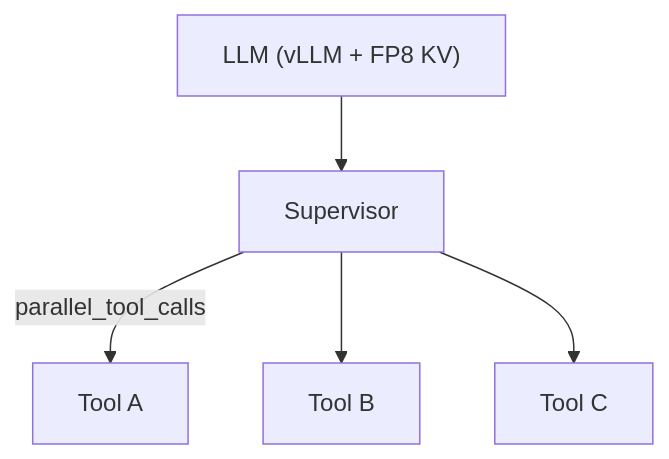
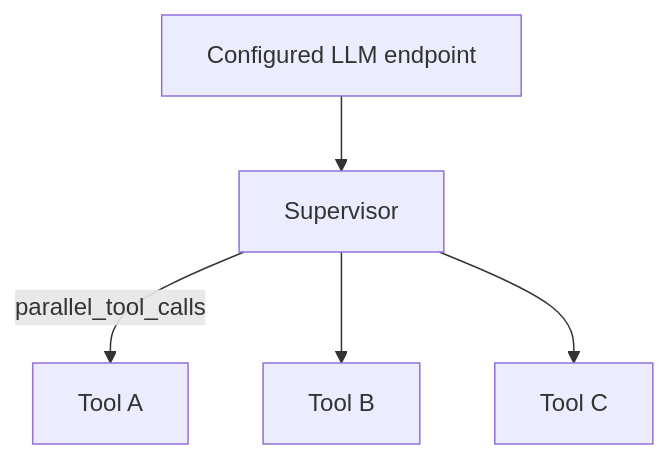
One commit to BjornMelin/docmind-ai-llm changed the diagram in docs/developers/adrs/ADR-010-performance-optimization-strategy.md. Above: the diagram before and after it, drawn with Mermaid. The commit also changed other lines of this file and 284 other files, not shown here.

````diff
--- a/docs/developers/adrs/ADR-010-performance-optimization-strategy.md
+++ b/docs/developers/adrs/ADR-010-performance-optimization-strategy.md
@@ -51,7 +56,7 @@
 ```mermaid
 graph TD
-  M["LLM (vLLM + FP8 KV)"] --> S["Supervisor"]
+  M["Configured LLM endpoint"] --> S["Supervisor"]
   S -->|parallel_tool_calls| T1["Tool A"]
   S --> T2["Tool B"]
   S --> T3["Tool C"]
 ```
````
